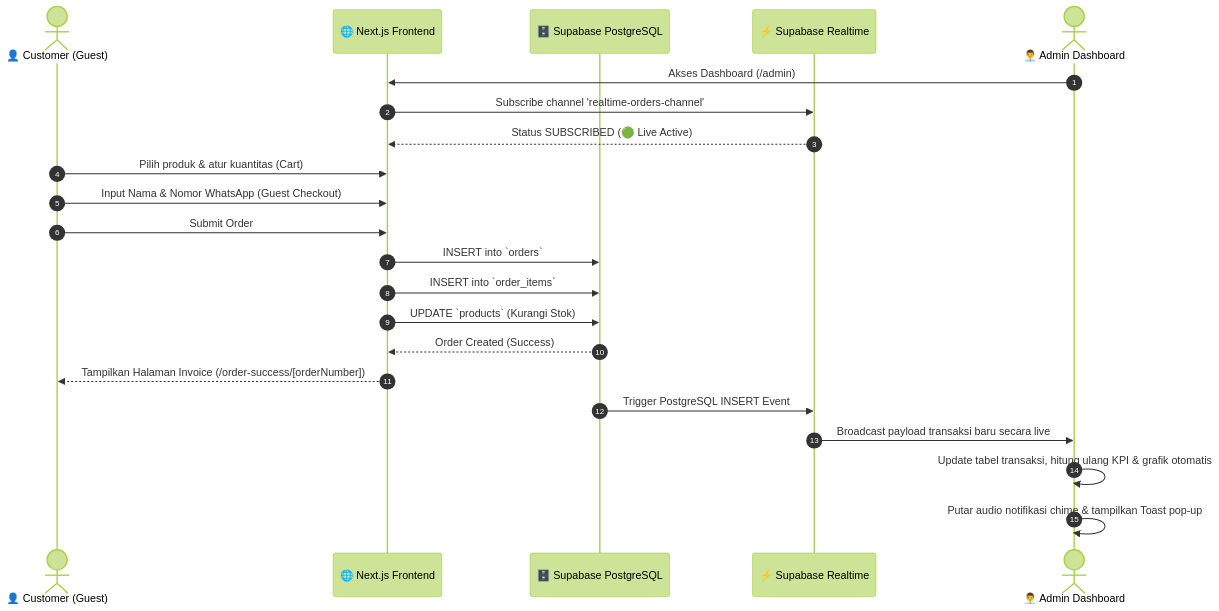
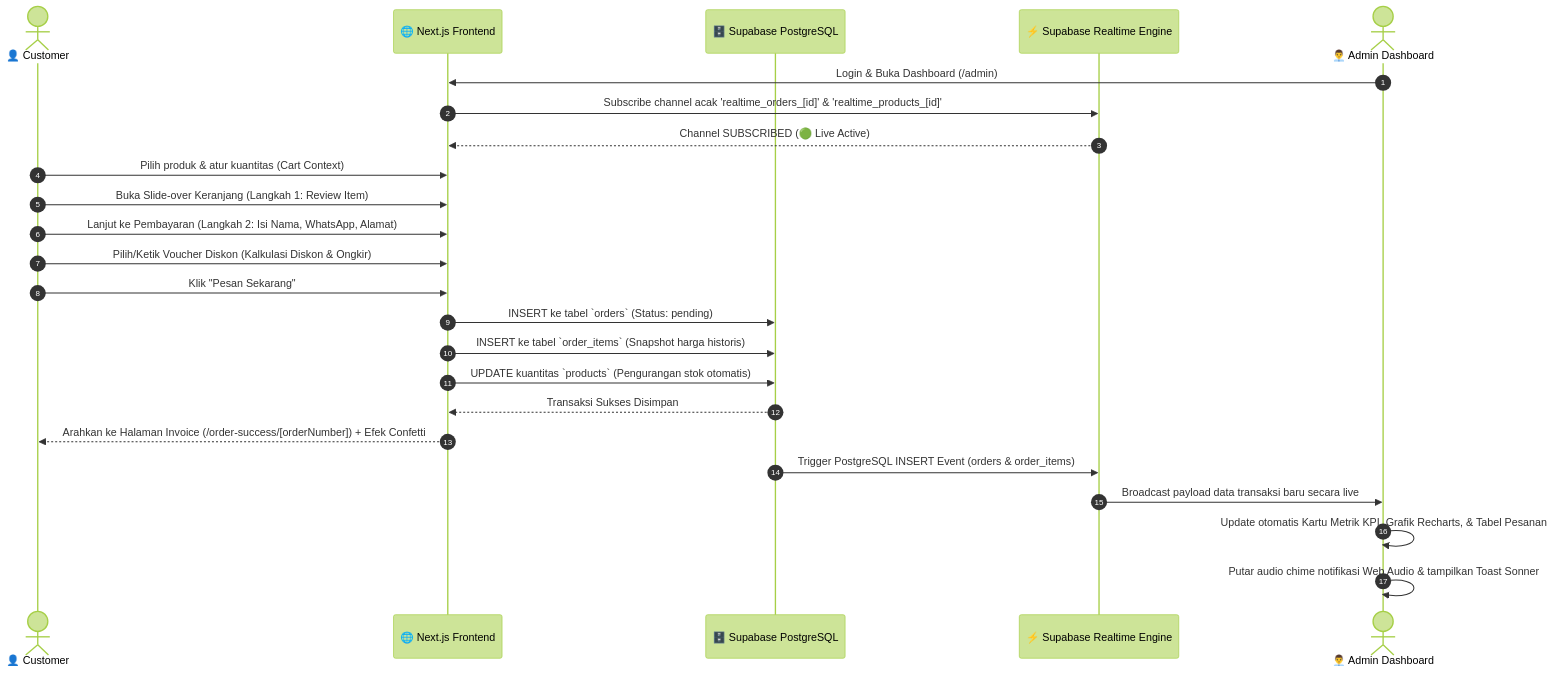
Before and after one commit to kajeeoubi/tes-awm: the first of 3 diagrams in docs/FLOWCHART.md, drawn with Mermaid (forest theme). The commit also changed other lines of this file and 36 other files, not shown here.

````diff
--- a/docs/FLOWCHART.md
+++ b/docs/FLOWCHART.md
@@ -11,29 +11,31 @@
 ```mermaid
 sequenceDiagram
     autonumber
-    actor Customer as 👤 Customer (Guest)
+    actor Customer as 👤 Customer
     participant NextJS as 🌐 Next.js Frontend
     participant SupabaseDB as 🗄️ Supabase PostgreSQL
-    participant RealtimeService as ⚡ Supabase Realtime
+    participant RealtimeService as ⚡ Supabase Realtime Engine
     actor Admin as 👨‍💼 Admin Dashboard
 
-    Admin->>NextJS: Akses Dashboard (/admin)
-    NextJS->>RealtimeService: Subscribe channel 'realtime-orders-channel'
-    RealtimeService-->>NextJS: Status SUBSCRIBED (🟢 Live Active)
+    Admin->>NextJS: Login & Buka Dashboard (/admin)
+    NextJS->>RealtimeService: Subscribe channel acak 'realtime_orders_[id]' & 'realtime_products_[id]'
+    RealtimeService-->>NextJS: Channel SUBSCRIBED (🟢 Live Active)
 
-    Customer->>NextJS: Pilih produk & atur kuantitas (Cart)
-    Customer->>NextJS: Input Nama & Nomor WhatsApp (Guest Checkout)
-    Customer->>NextJS: Submit Order
+    Customer->>NextJS: Pilih produk & atur kuantitas (Cart Context)
+    Customer->>NextJS: Buka Slide-over Keranjang (Langkah 1: Review Item)
+    Customer->>NextJS: Lanjut ke Pembayaran (Langkah 2: Isi Nama, WhatsApp, Alamat)
+    Customer->>NextJS: Pilih/Ketik Voucher Diskon (Kalkulasi Diskon & Ongkir)
+    Customer->>NextJS: Klik "Pesan Sekarang"
     
-    NextJS->>SupabaseDB: INSERT into `orders`
-    NextJS->>SupabaseDB: INSERT into `order_items`
-    NextJS->>SupabaseDB: UPDATE `products` (Kurangi Stok)
-    SupabaseDB-->>NextJS: Order Created (Success)
+    NextJS->>SupabaseDB: INSERT ke tabel `orders` (Status: pending)
+    NextJS->>SupabaseDB: INSERT ke tabel `order_items` (Snapshot harga historis)
+    NextJS->>SupabaseDB: UPDATE kuantitas `products` (Pengurangan stok otomatis)
+    SupabaseDB-->>NextJS: Transaksi Sukses Disimpan
     
-    NextJS-->>Customer: Tampilkan Halaman Invoice (/order-success/[orderNumber])
+    NextJS-->>Customer: Arahkan ke Halaman Invoice (/order-success/[orderNumber]) + Efek Confetti
 
-    SupabaseDB->>RealtimeService: Trigger PostgreSQL INSERT Event
-    RealtimeService->>Admin: Broadcast payload transaksi baru secara live
-    Admin->>Admin: Update tabel transaksi, hitung ulang KPI & grafik otomatis
-    Admin->>Admin: Putar audio notifikasi chime & tampilkan Toast pop-up
+    SupabaseDB->>RealtimeService: Trigger PostgreSQL INSERT Event (orders & order_items)
+    RealtimeService->>Admin: Broadcast payload data transaksi baru secara live
+    Admin->>Admin: Update otomatis Kartu Metrik KPI, Grafik Recharts, & Tabel Pesanan
+    Admin->>Admin: Putar audio chime notifikasi Web Audio & tampilkan Toast Sonner
 ```
````
